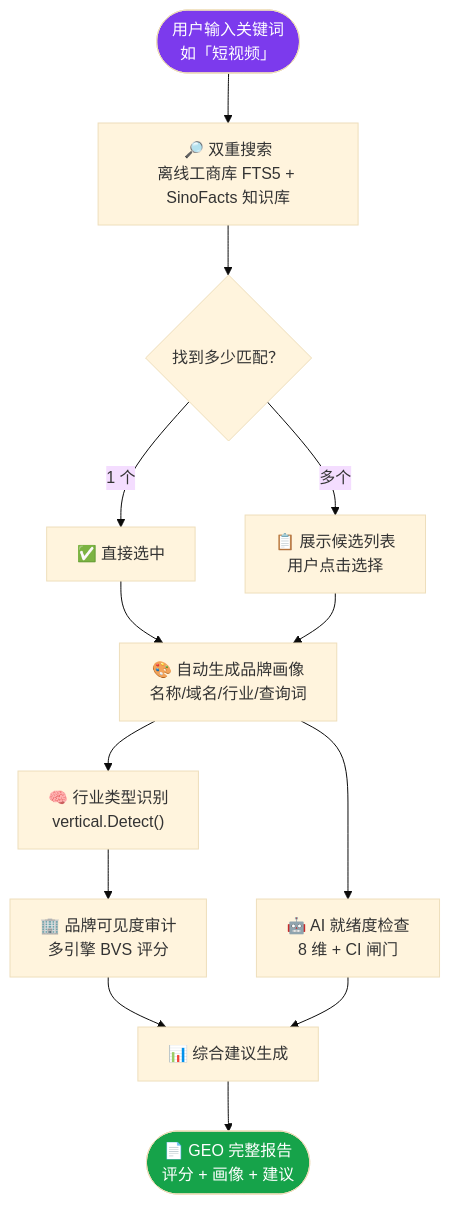
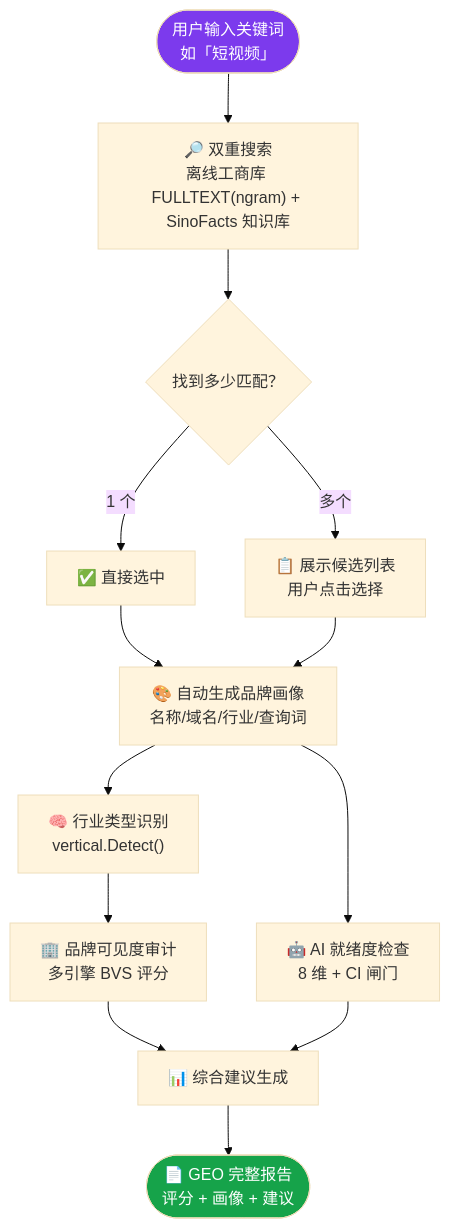
One commit to deep2code/geo changed the ninth of 14 diagrams in README.md. Above: the diagram before and after it, drawn with Mermaid (base theme). The commit also changed other lines of this file and 26 other files, not shown here.

````diff
--- a/README.md
+++ b/README.md
@@ -346,18 +341,18 @@
 ```mermaid
 flowchart TD
-    START([用户输入关键词<br/>如「短视频」]) --> 1["🔎 双重搜索<br/>离线工商库 FTS5 + SinoFacts 知识库"]
+    START([用户输入关键词<br/>如「短视频」]) --> 1["🔎 双重搜索<br/>离线工商库 FULLTEXT(ngram) + SinoFacts 知识库"]
     1 --> 2{"找到多少匹配？"}
     2 -->|"1 个"| 3["✅ 直接选中"]
     2 -->|"多个"| 4["📋 展示候选列表<br/>用户点击选择"]
     3 --> 5
     4 --> 5["🎨 自动生成品牌画像<br/>名称/域名/行业/查询词"]
     5 --> 6["🧠 行业类型识别<br/>vertical.Detect()"]
     6 --> 7["🏢 品牌可见度审计<br/>多引擎 BVS 评分"]
     5 --> 8["🤖 AI 就绪度检查<br/>8 维 + CI 闸门"]
     7 --> 9["📊 综合建议生成"]
     8 --> 9
     9 --> END([📄 GEO 完整报告<br/>评分 + 画像 + 建议])
 
     style START fill:#7c3aed,color:#fff
     style END fill:#16a34a,color:#fff
 ```
````
